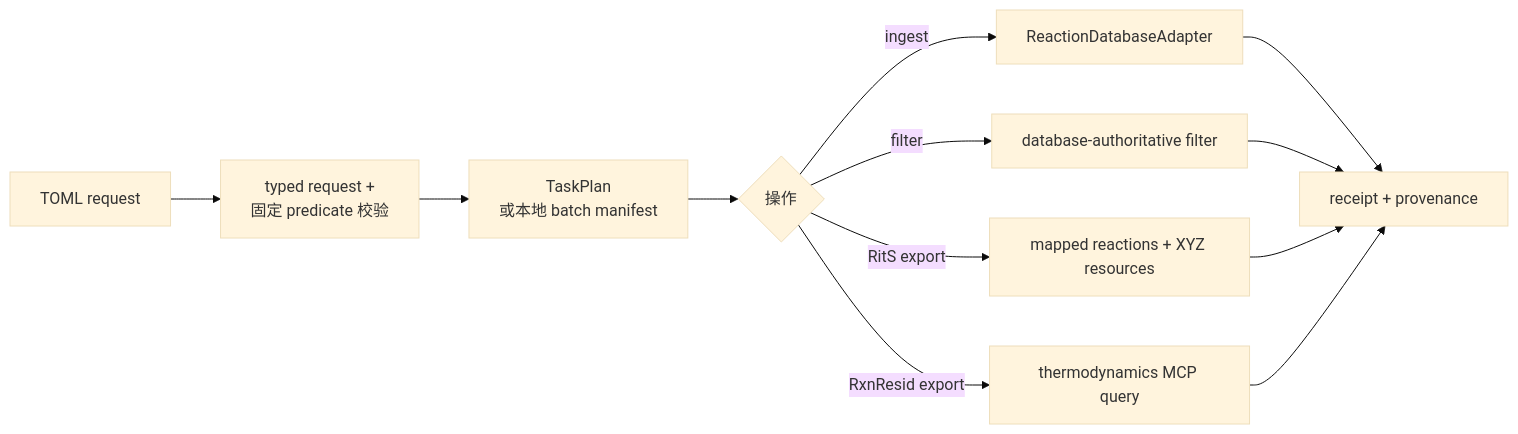
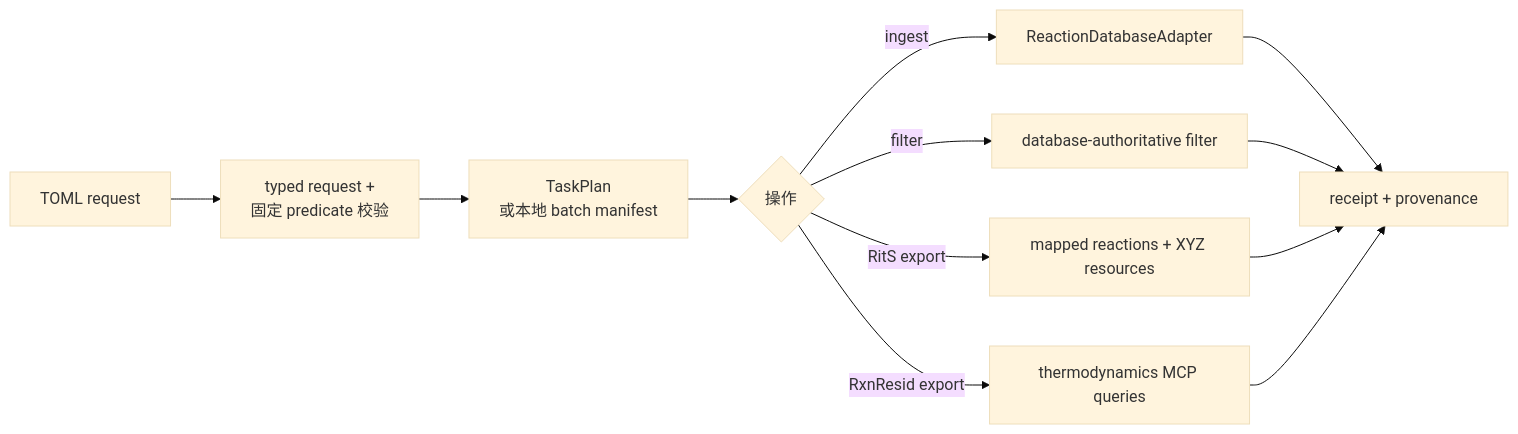
Before and after one commit to gentle1999/TriCycle: the diagram in packages/tricycle-reaction-db/README.md, drawn with Mermaid (base theme). The commit also changed other lines of this file and 98 other files, not shown here.

````diff
--- a/packages/tricycle-reaction-db/README.md
+++ b/packages/tricycle-reaction-db/README.md
@@ -83,14 +86,14 @@
 ```mermaid
 flowchart LR
     Q["TOML request"] --> V["typed request +\n固定 predicate 校验"]
     V --> P["TaskPlan\n或本地 batch manifest"]
     P --> A{"操作"}
     A -->|ingest| I["ReactionDatabaseAdapter"]
     A -->|filter| F["database-authoritative filter"]
     A -->|RitS export| R["mapped reactions + XYZ resources"]
-    A -->|RxnResid export| X["thermodynamics MCP query"]
+    A -->|RxnResid export| X["thermodynamics MCP queries"]
     I --> O["receipt + provenance"]
     F --> O
     R --> O
     X --> O
 ```
````
